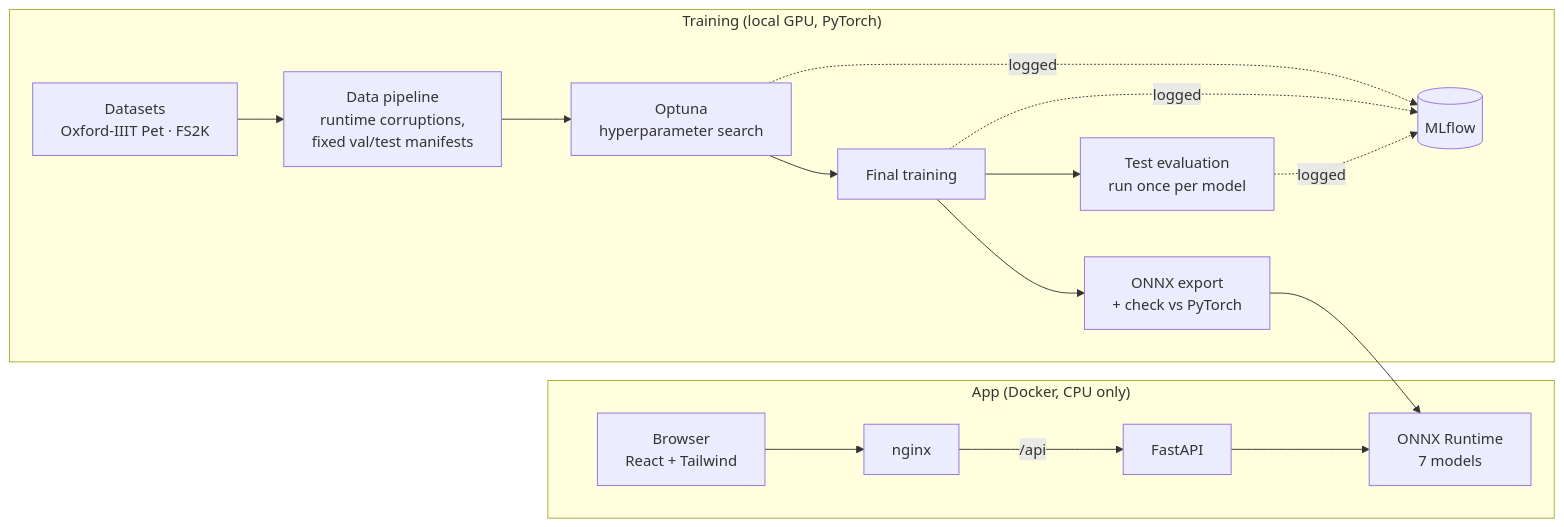
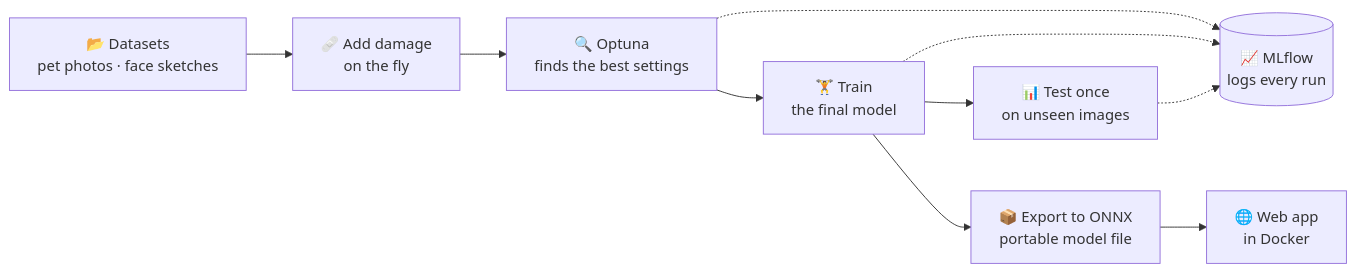
One commit to FaatehHaneef/Image-Processing-Engine changed the first of 6 diagrams in README.md. Above: the diagram before and after it, drawn with Mermaid. The commit also changed other lines of this file, not shown here.

Commit message:
README: simpler explanations, pipeline and architecture diagrams, no images

````diff
--- a/README.md
+++ b/README.md
@@ -35,19 +30,12 @@
 ```mermaid
 flowchart LR
-    subgraph Training["Training (local GPU, PyTorch)"]
-        D[Datasets<br/>Oxford-IIIT Pet · FS2K] --> P[Data pipeline<br/>runtime corruptions,<br/>fixed val/test manifests]
-        P --> O[Optuna<br/>hyperparameter search]
-        O --> T[Final training]
-        T --> E[Test evaluation<br/>run once per model]
-        T --> X[ONNX export<br/>+ check vs PyTorch]
-        O -.logged.-> M[(MLflow)]
-        T -.logged.-> M
-        E -.logged.-> M
-    end
-    subgraph App["App (Docker, CPU only)"]
-        B[Browser<br/>React + Tailwind] --> N[nginx]
-        N -->|/api| F[FastAPI]
-        F --> R[ONNX Runtime<br/>7 models]
-    end
-    X --> R
+    A["📂 Datasets<br/>pet photos · face sketches"] --> B["🩹 Add damage<br/>on the fly"]
+    B --> C["🔍 Optuna<br/>finds the best settings"]
+    C --> D["🏋️ Train<br/>the final model"]
+    D --> E["📊 Test once<br/>on unseen images"]
+    D --> F["📦 Export to ONNX<br/>portable model file"]
+    F --> G["🌐 Web app<br/>in Docker"]
+    C -.-> H[("📈 MLflow<br/>logs every run")]
+    D -.-> H
+    E -.-> H
 ```
````
